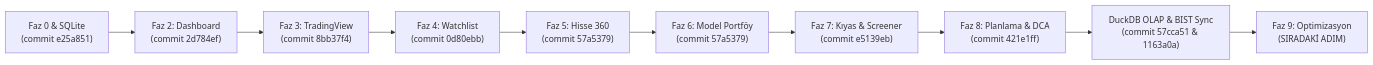
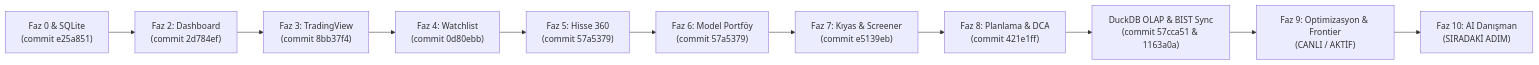
One commit to Yusufygc/PortfoySimulasyonu changed the diagram in QML_TRANSFORMATION_HANDOFF.md. Above: the diagram before and after it, drawn with Mermaid. The commit also changed other lines of this file and 11 other files, not shown here.

First line of the commit message:
ekle: FAZ 9 - Markowitz Portfoy Optimizasyonu ve Efficient Frontier

````diff
--- a/QML_TRANSFORMATION_HANDOFF.md
+++ b/QML_TRANSFORMATION_HANDOFF.md
@@ -87,12 +87,13 @@
 ```mermaid
 flowchart LR
     F0["Faz 0 & SQLite<br/>(commit e25a851)"] --> F2["Faz 2: Dashboard<br/>(commit 2d784ef)"]
     F2 --> F3["Faz 3: TradingView<br/>(commit 8bb37f4)"]
     F3 --> F4["Faz 4: Watchlist<br/>(commit 0d80ebb)"]
     F4 --> F5["Faz 5: Hisse 360<br/>(commit 57a5379)"]
     F5 --> F6["Faz 6: Model Portföy<br/>(commit 57a5379)"]
     F6 --> F7["Faz 7: Kıyas & Screener<br/>(commit e5139eb)"]
     F7 --> F8["Faz 8: Planlama & DCA<br/>(commit 421e1ff)"]
     F8 --> DUCK["DuckDB OLAP & BIST Sync<br/>(commit 57cca51 & 1163a0a)"]
-    DUCK --> F9["Faz 9: Optimizasyon<br/>(SIRADAKİ ADIM)"]
+    DUCK --> F9["Faz 9: Optimizasyon & Frontier<br/>(CANLI / AKTİF)"]
+    F9 --> F10["Faz 10: AI Danışman<br/>(SIRADAKİ ADIM)"]
 ```
````
